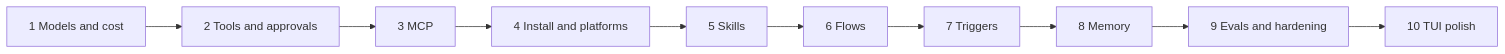
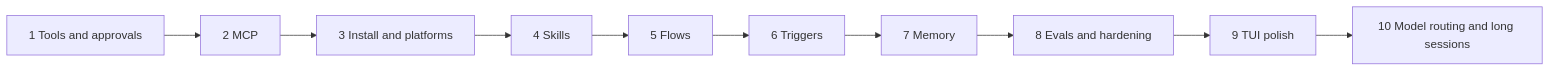
The first of 2 diagrams in docs/plan.md (MilanPavel/golem), drawn with Mermaid before and after one commit. The commit also changed other lines of this file and 3 other files, not shown here.

````diff
--- a/docs/plan.md
+++ b/docs/plan.md
@@ -40,4 +41,4 @@
 ```mermaid
 flowchart LR
-  p1[1 Models and cost] --> p2[2 Tools and approvals] --> p3[3 MCP] --> p4[4 Install and platforms] --> p5[5 Skills] --> p6[6 Flows] --> p7[7 Triggers] --> p8[8 Memory] --> p9[9 Evals and hardening] --> p10[10 TUI polish]
+  p1[1 Tools and approvals] --> p2[2 MCP] --> p3[3 Install and platforms] --> p4[4 Skills] --> p5[5 Flows] --> p6[6 Triggers] --> p7[7 Memory] --> p8[8 Evals and hardening] --> p9[9 TUI polish] --> p10[10 Model routing and long sessions]
 ```
````
